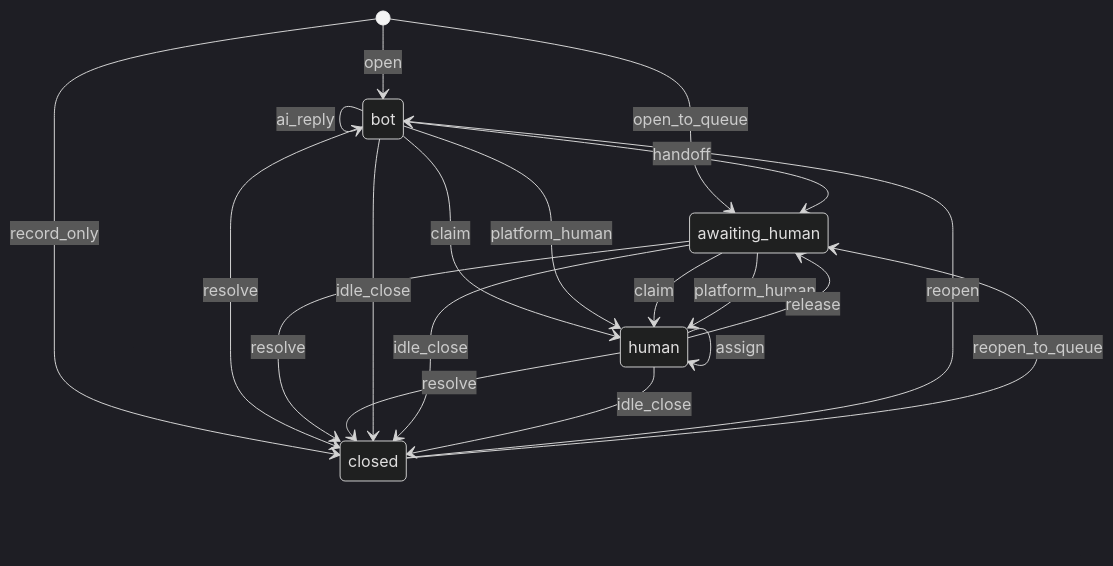
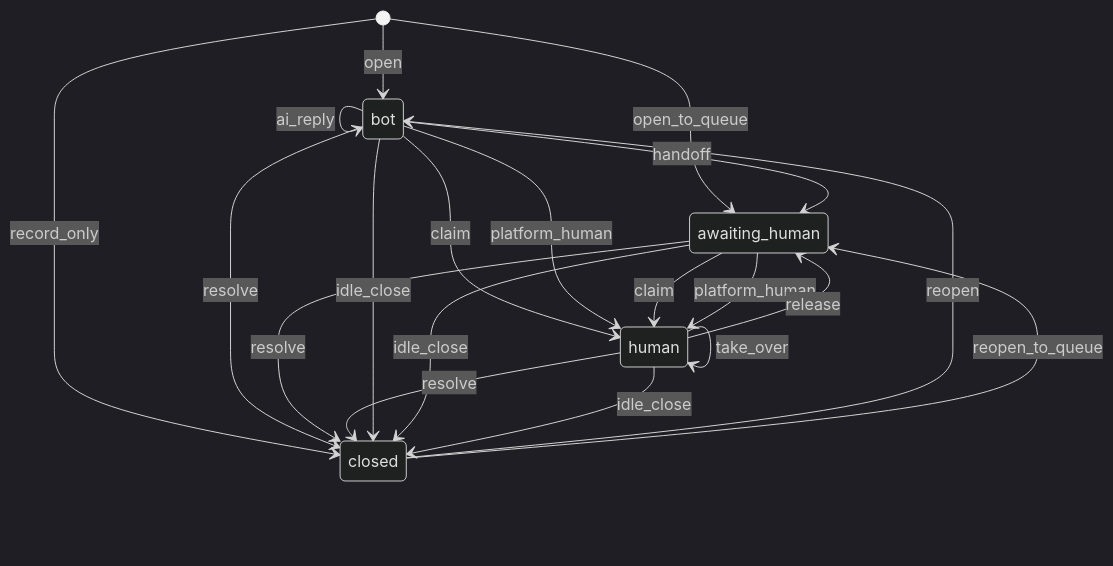
One commit to Bearisbug/shopilot changed the tenth of 33 diagrams in docs/DESIGN.md. Above: the diagram before and after it, drawn with Mermaid (dark theme). The commit also changed other lines of this file and 10 other files, not shown here.

````diff
--- a/docs/DESIGN.md
+++ b/docs/DESIGN.md
@@ -2164,22 +2165,23 @@
 ```mermaid
 stateDiagram-v2
   [*] --> bot : open
   [*] --> awaiting_human : open_to_queue
   [*] --> closed : record_only
   bot --> bot : ai_reply
   bot --> awaiting_human : handoff
   bot --> human : claim
   bot --> human : platform_human
   awaiting_human --> human : claim
   awaiting_human --> human : platform_human
   human --> human : assign
+  human --> human : take_over
   human --> awaiting_human : release
   bot --> closed : resolve
   awaiting_human --> closed : resolve
   human --> closed : resolve
   bot --> closed : idle_close
   awaiting_human --> closed : idle_close
   human --> closed : idle_close
   closed --> bot : reopen
   closed --> awaiting_human : reopen_to_queue
 ```
````
